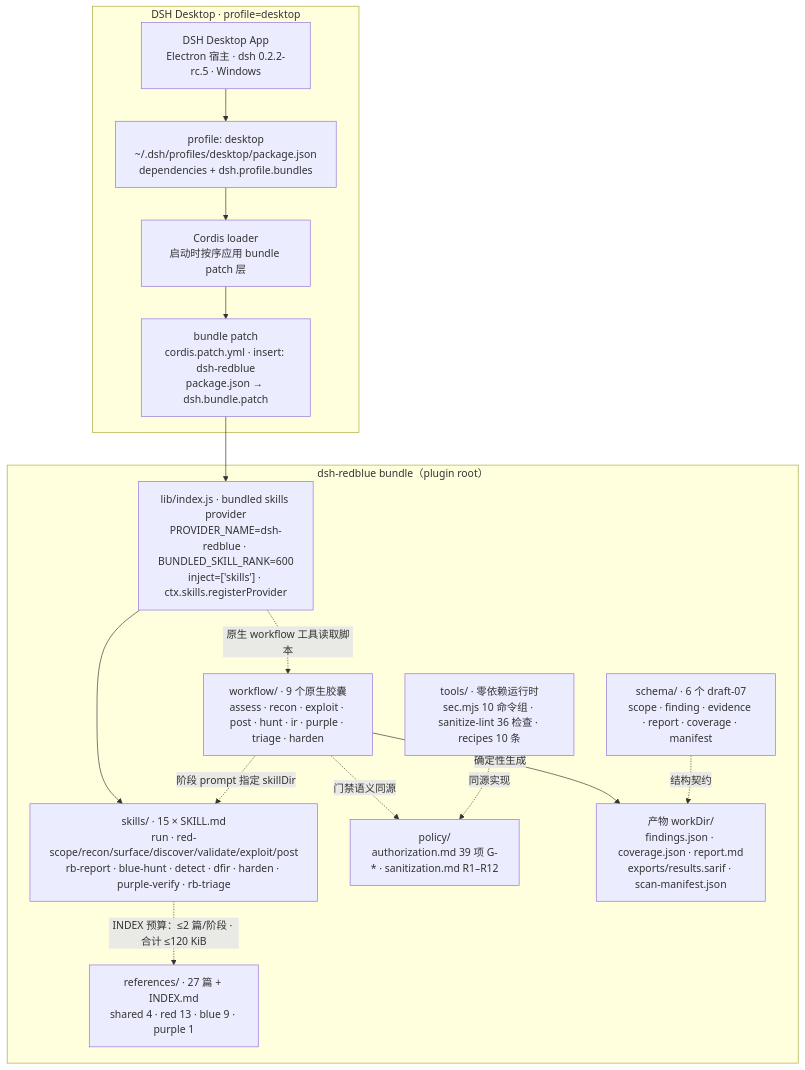
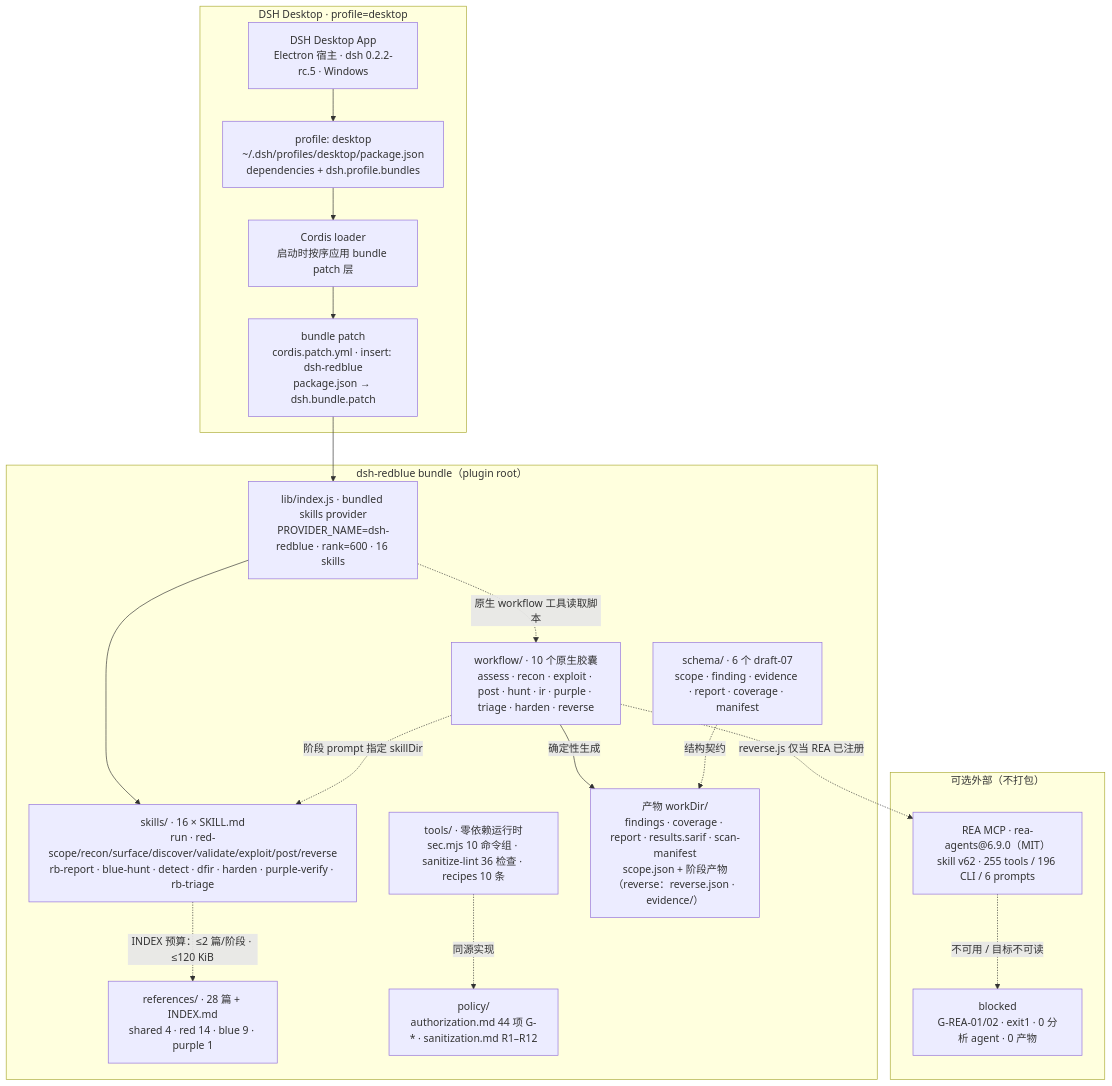
Before and after one commit to id7869/dsh-redblue: the first of 3 diagrams in docs/architecture.md, drawn with Mermaid. The commit also changed other lines of this file and 24 other files, not shown here.

Commit message:
feat(v0.2.0): optional REA reverse-engineering lane (16 skills / 10 workflows / 44 gates; gated, sanitized, degrade-if-absent)

````diff
--- a/docs/architecture.md
+++ b/docs/architecture.md
@@ -55,29 +56,34 @@
 ```mermaid
 flowchart TB
   subgraph HOST["DSH Desktop · profile=desktop"]
     A["DSH Desktop App<br/>Electron 宿主 · dsh 0.2.2-rc.5 · Windows"]
     B["profile: desktop<br/>~/.dsh/profiles/desktop/package.json<br/>dependencies + dsh.profile.bundles"]
     C["Cordis loader<br/>启动时按序应用 bundle patch 层"]
     D["bundle patch<br/>cordis.patch.yml · insert: dsh-redblue<br/>package.json → dsh.bundle.patch"]
     A --> B --> C --> D
   end
   subgraph BUNDLE["dsh-redblue bundle（plugin root）"]
-    E["lib/index.js · bundled skills provider<br/>PROVIDER_NAME=dsh-redblue · BUNDLED_SKILL_RANK=600<br/>inject=['skills'] · ctx.skills.registerProvider"]
-    S["skills/ · 15 × SKILL.md<br/>run · red-scope/recon/surface/discover/validate/exploit/post<br/>rb-report · blue-hunt · detect · dfir · harden · purple-verify · rb-triage"]
-    R["references/ · 27 篇 + INDEX.md<br/>shared 4 · red 13 · blue 9 · purple 1"]
-    W["workflow/ · 9 个原生胶囊<br/>assess · recon · exploit · post · hunt · ir · purple · triage · harden"]
+    E["lib/index.js · bundled skills provider<br/>PROVIDER_NAME=dsh-redblue · rank=600 · 16 skills"]
+    S["skills/ · 16 × SKILL.md<br/>run · red-scope/recon/surface/discover/validate/exploit/post/reverse<br/>rb-report · blue-hunt · detect · dfir · harden · purple-verify · rb-triage"]
+    R["references/ · 28 篇 + INDEX.md<br/>shared 4 · red 14 · blue 9 · purple 1"]
+    W["workflow/ · 10 个原生胶囊<br/>assess · recon · exploit · post · hunt · ir · purple · triage · harden · reverse"]
     T["tools/ · 零依赖运行时<br/>sec.mjs 10 命令组 · sanitize-lint 36 检查 · recipes 10 条"]
-    P["policy/<br/>authorization.md 39 项 G-* · sanitization.md R1–R12"]
+    P["policy/<br/>authorization.md 44 项 G-* · sanitization.md R1–R12"]
     X["schema/ · 6 个 draft-07<br/>scope · finding · evidence · report · coverage · manifest"]
-    O["产物 workDir/<br/>findings.json · coverage.json · report.md<br/>exports/results.sarif · scan-manifest.json"]
+    O["产物 workDir/<br/>findings · coverage · report · results.sarif · scan-manifest<br/>scope.json + 阶段产物（reverse：reverse.json · evidence/）"]
+  end
+  subgraph EXT["可选外部（不打包）"]
+    REA["REA MCP · rea-agents@6.9.0（MIT）<br/>skill v62 · 255 tools / 196 CLI / 6 prompts"]
+    BL["blocked<br/>G-REA-01/02 · exit1 · 0 分析 agent · 0 产物"]
   end
   D --> E
   E --> S
   E -.->|原生 workflow 工具读取脚本| W
-  S -.->|INDEX 预算：≤2 篇/阶段 · 合计 ≤120 KiB| R
+  S -.->|INDEX 预算：≤2 篇/阶段 · ≤120 KiB| R
   W -.->|阶段 prompt 指定 skillDir| S
   W -->|确定性生成| O
-  W -.->|门禁语义同源| P
+  W -.->|reverse.js 仅当 REA 已注册| REA
+  REA -.->|不可用 / 目标不可读| BL
   T -.->|同源实现| P
   X -.->|结构契约| O
 ```
````
